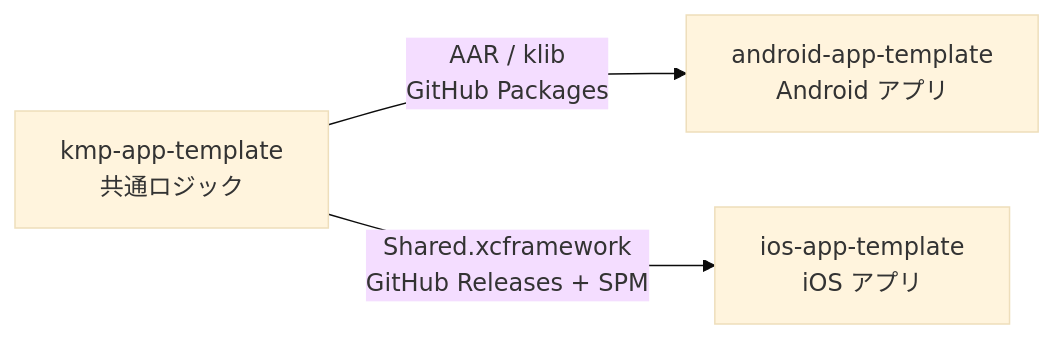
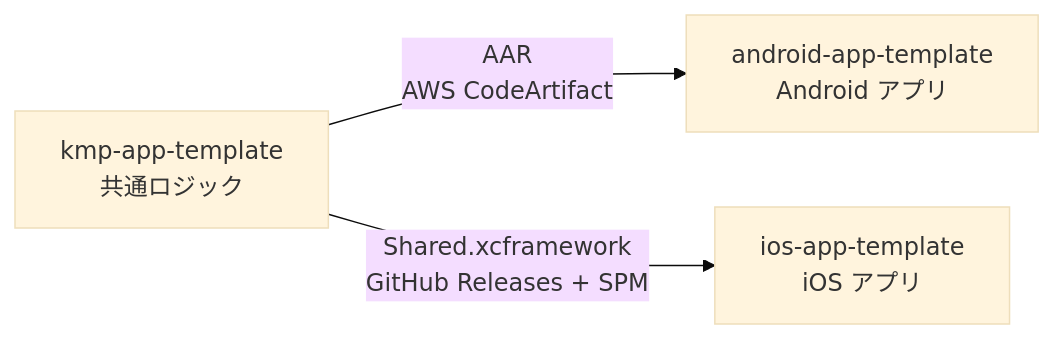
Before and after one commit to yossibank/kmp-app-template: the diagram in README.md, drawn with Mermaid (base theme). The commit also changed other lines of this file and 5 other files, not shown here.

First line of the commit message:
Publish the Android library to AWS CodeArtifact

````diff
--- a/README.md
+++ b/README.md
@@ -44,8 +44,8 @@
 ```mermaid
 flowchart LR
     KMP["kmp-app-template<br/>共通ロジック"]
     AND["android-app-template<br/>Android アプリ"]
     IOS["ios-app-template<br/>iOS アプリ"]
-    KMP -->|"AAR / klib<br/>GitHub Packages"| AND
+    KMP -->|"AAR<br/>AWS CodeArtifact"| AND
     KMP -->|"Shared.xcframework<br/>GitHub Releases + SPM"| IOS
 ```
````
